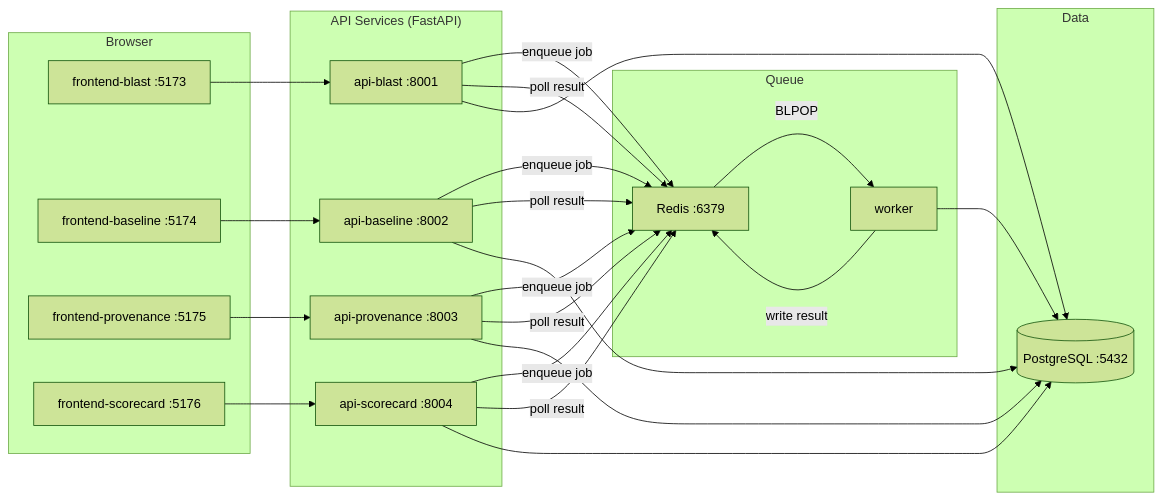
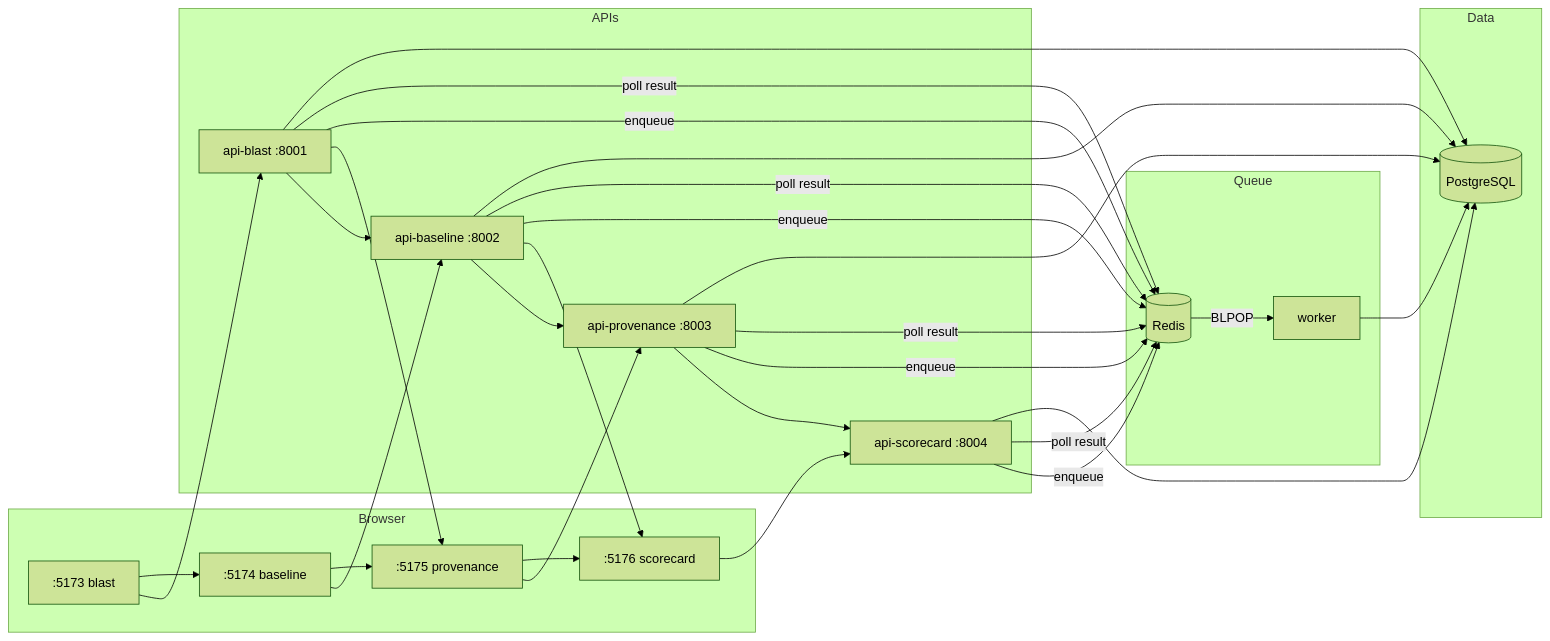
The first of 2 diagrams in README.md (BB-AI-Arena/MCP-Trust-Scoreboard), drawn with Mermaid (forest theme) before and after one commit. The commit also changed other lines of this file, not shown here.

Commit message:
docs: polish README — badge row, section order, architecture tables, per-tool specs

````diff
--- a/README.md
+++ b/README.md
@@ -102,36 +149,26 @@
 ```mermaid
 graph LR
     subgraph Browser
-        F1[frontend-blast :5173]
-        F2[frontend-baseline :5174]
-        F3[frontend-provenance :5175]
-        F4[frontend-scorecard :5176]
+        F1[":5173 blast"]
+        F2[":5174 baseline"]
+        F3[":5175 provenance"]
+        F4[":5176 scorecard"]
     end
-
-    subgraph APIs["API Services (FastAPI)"]
+    subgraph APIs
         A1[api-blast :8001]
         A2[api-baseline :8002]
         A3[api-provenance :8003]
         A4[api-scorecard :8004]
     end
-
     subgraph Queue
-        R[Redis :6379]
+        R[(Redis)]
         W[worker]
     end
-
     subgraph Data
-        P[(PostgreSQL :5432)]
+        P[(PostgreSQL)]
     end
-
-    F1 --> A1
-    F2 --> A2
-    F3 --> A3
-    F4 --> A4
-
-    A1 & A2 & A3 & A4 -->|enqueue job| R
+    F1-->A1 & F2-->A2 & F3-->A3 & F4-->A4
+    A1 & A2 & A3 & A4 -->|enqueue| R -->|BLPOP| W
     A1 & A2 & A3 & A4 -->|poll result| R
-    R -->|BLPOP| W
-    W -->|write result| R
     W & A1 & A2 & A3 & A4 --> P
 ```
````
